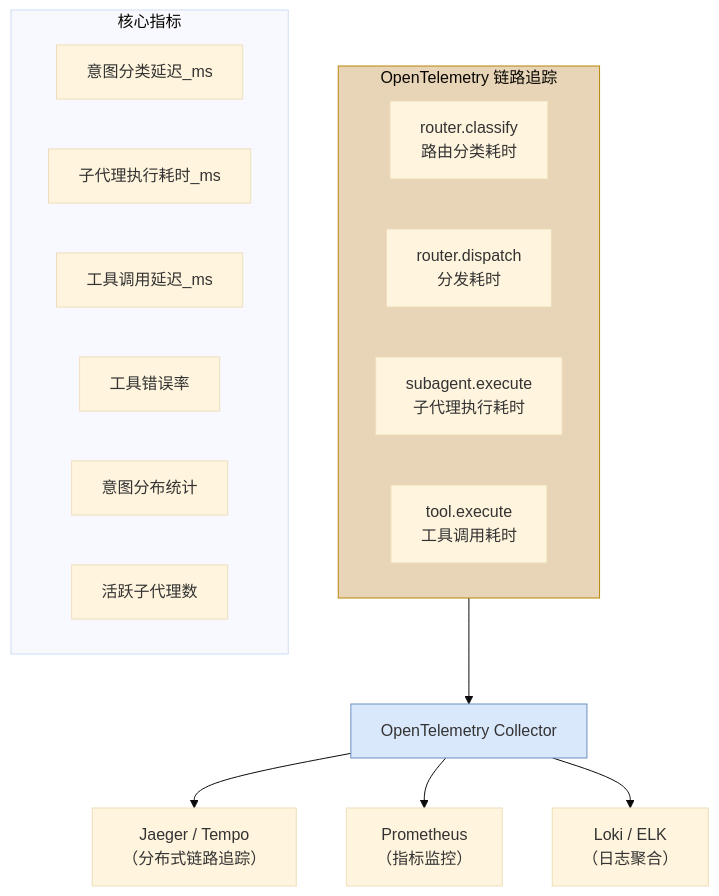
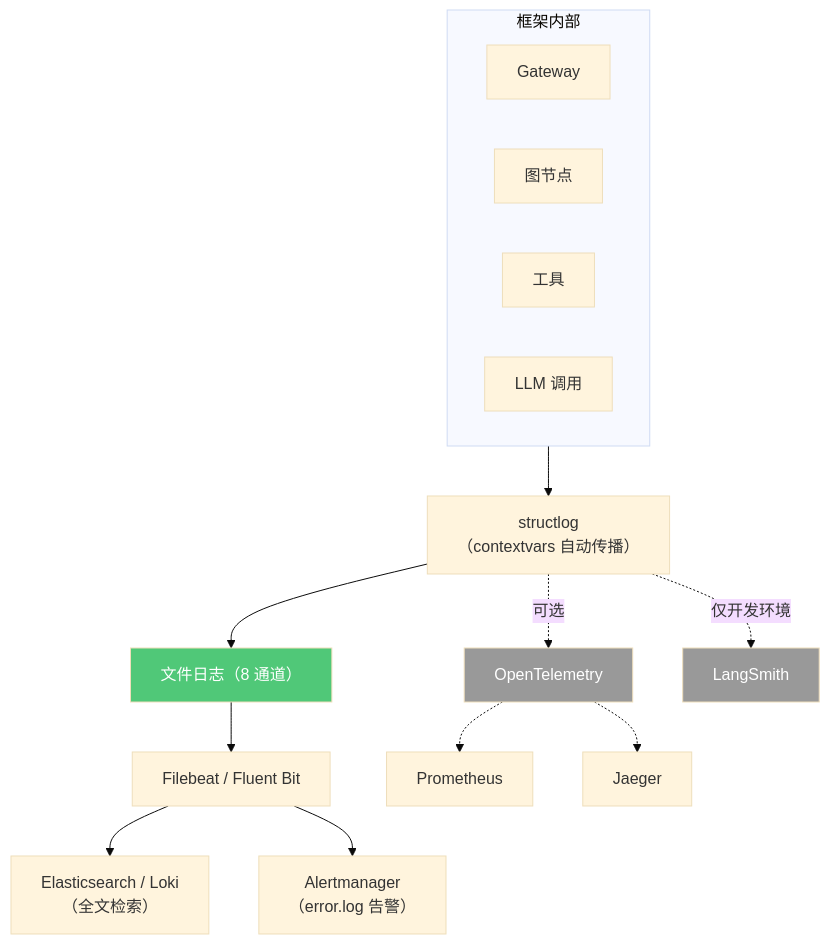
Diagram 17 of 19 in doc/DESIGN.md (heelynn/artipivot), drawn with Mermaid (base theme) before and after one commit. The commit also changed other lines of this file and 2 other files, not shown here.

````diff
--- a/doc/DESIGN.md
+++ b/doc/DESIGN.md
@@ -1187,26 +1502,25 @@
 ```mermaid
 flowchart TD
-    subgraph Spans["OpenTelemetry 链路追踪"]
-        S1["router.classify<br/>路由分类耗时"]
-        S2["router.dispatch<br/>分发耗时"]
-        S3["subagent.execute<br/>子代理执行耗时"]
-        S4["tool.execute<br/>工具调用耗时"]
+    subgraph App["框架内部"]
+        GW["Gateway"]
+        Node["图节点"]
+        Tool["工具"]
+        LLM["LLM 调用"]
     end
 
-    Spans --> OTel["OpenTelemetry Collector"]
-    OTel --> Jaeger["Jaeger / Tempo<br/>（分布式链路追踪）"]
-    OTel --> Prometheus["Prometheus<br/>（指标监控）"]
-    OTel --> Loki["Loki / ELK<br/>（日志聚合）"]
+    App --> structlog["structlog<br/>（contextvars 自动传播）"]
+    structlog --> Files["文件日志（8 通道）"]
+    structlog -.->|可选| OTel["OpenTelemetry"]
+    structlog -.->|仅开发环境| LangSmith["LangSmith"]
 
-    subgraph Metrics["核心指标"]
-        M1["意图分类延迟_ms"]
-        M2["子代理执行耗时_ms"]
-        M3["工具调用延迟_ms"]
-        M4["工具错误率"]
-        M5["意图分布统计"]
-        M6["活跃子代理数"]
-    end
+    Files --> Filebeat["Filebeat / Fluent Bit"]
+    Filebeat --> ES["Elasticsearch / Loki<br/>（全文检索）"]
+    Filebeat --> Alert["Alertmanager<br/>（error.log 告警）"]
 
-    style Spans fill:#E8D5B7,stroke:#B8860B
-    style OTel fill:#DAE8FC,stroke:#6C8EBF
+    OTel -.-> Prometheus["Prometheus"]
+    OTel -.-> Jaeger["Jaeger"]
+
+    style Files fill:#50C878,color:#fff
+    style LangSmith fill:#999,color:#fff
+    style OTel fill:#999,color:#fff
 ```
````
